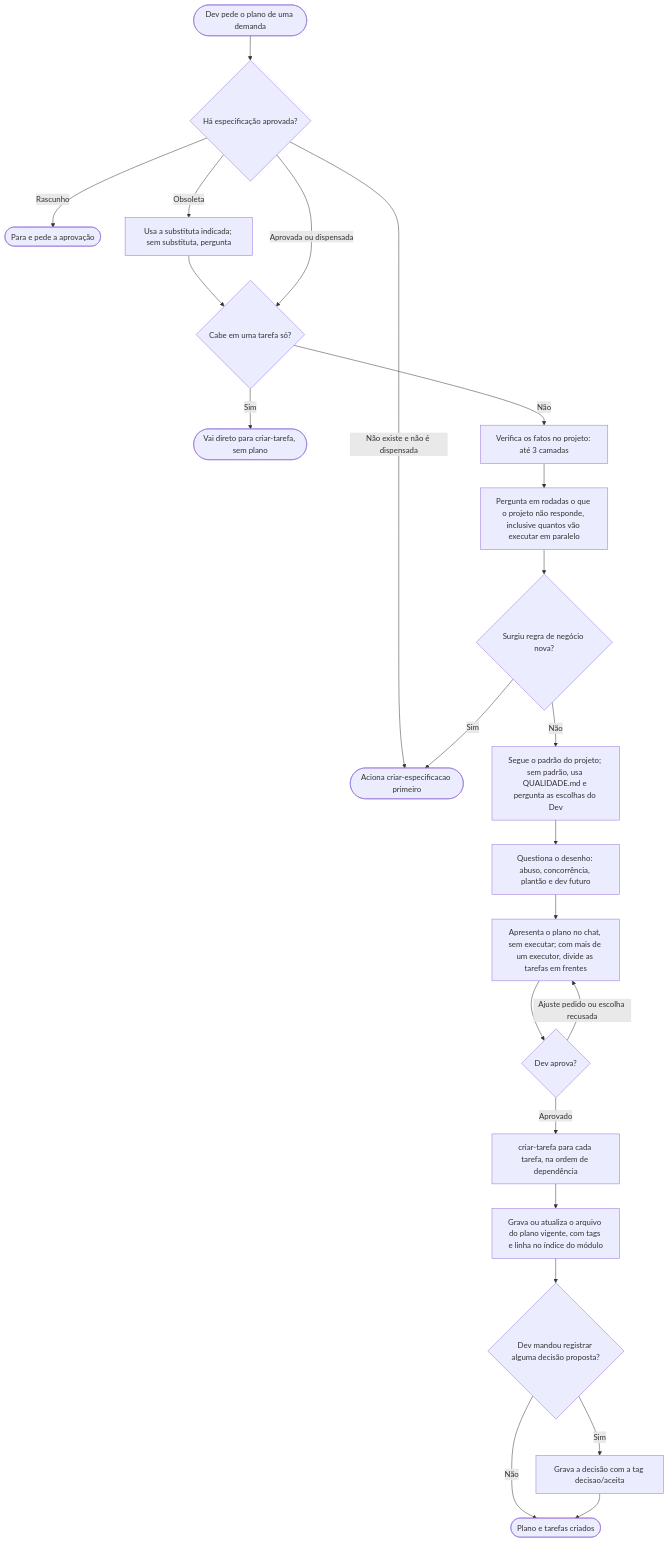
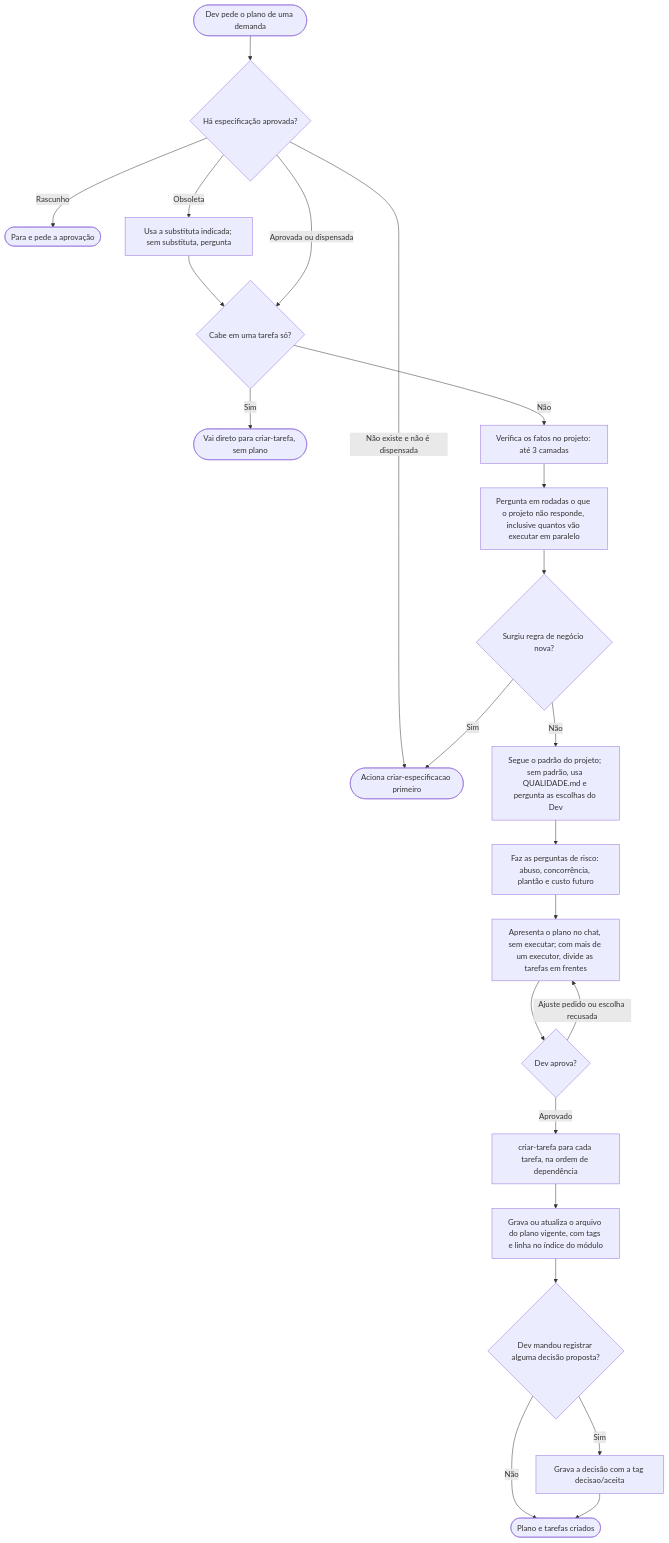
Before and after one commit to Fabricio-S-Martins/plugin-arquitetura-e-qualidade: the diagram in docs/guias/CRIAR-PLANO.md, drawn with Mermaid. The commit also changed other lines of this file and 18 other files, not shown here.

````diff
--- a/docs/guias/CRIAR-PLANO.md
+++ b/docs/guias/CRIAR-PLANO.md
@@ -52,25 +52,25 @@
 ```mermaid
 flowchart TD
   A(["Dev pede o plano de uma demanda"]) --> D{"Há especificação aprovada?"}
   D -- "Rascunho" --> E(["Para e pede a aprovação"])
   D -- "Obsoleta" --> D2["Usa a substituta indicada; sem substituta, pergunta"]
   D2 --> B
   D -- "Não existe e não é dispensada" --> F(["Aciona criar-especificacao primeiro"])
   D -- "Aprovada ou dispensada" --> B{"Cabe em uma tarefa só?"}
   B -- "Sim" --> C(["Vai direto para criar-tarefa, sem plano"])
   B -- "Não" --> G["Verifica os fatos no projeto: até 3 camadas"]
   G --> H["Pergunta em rodadas o que o projeto não responde, inclusive quantos vão executar em paralelo"]
   H --> H2{"Surgiu regra de negócio nova?"}
   H2 -- "Sim" --> F
   H2 -- "Não" --> I["Segue o padrão do projeto; sem padrão, usa QUALIDADE.md e pergunta as escolhas do Dev"]
-  I --> J["Questiona o desenho: abuso, concorrência, plantão e dev futuro"]
+  I --> J["Faz as perguntas de risco: abuso, concorrência, plantão e custo futuro"]
   J --> K["Apresenta o plano no chat, sem executar; com mais de um executor, divide as tarefas em frentes"]
   K --> L{"Dev aprova?"}
   L -- "Ajuste pedido ou escolha recusada" --> K
   L -- "Aprovado" --> M["criar-tarefa para cada tarefa, na ordem de dependência"]
   M --> N["Grava ou atualiza o arquivo do plano vigente, com tags e linha no índice do módulo"]
   N --> O{"Dev mandou registrar alguma decisão proposta?"}
   O -- "Sim" --> P["Grava a decisão com a tag decisao/aceita"]
   O -- "Não" --> Q(["Plano e tarefas criados"])
   P --> Q
 ```
````
